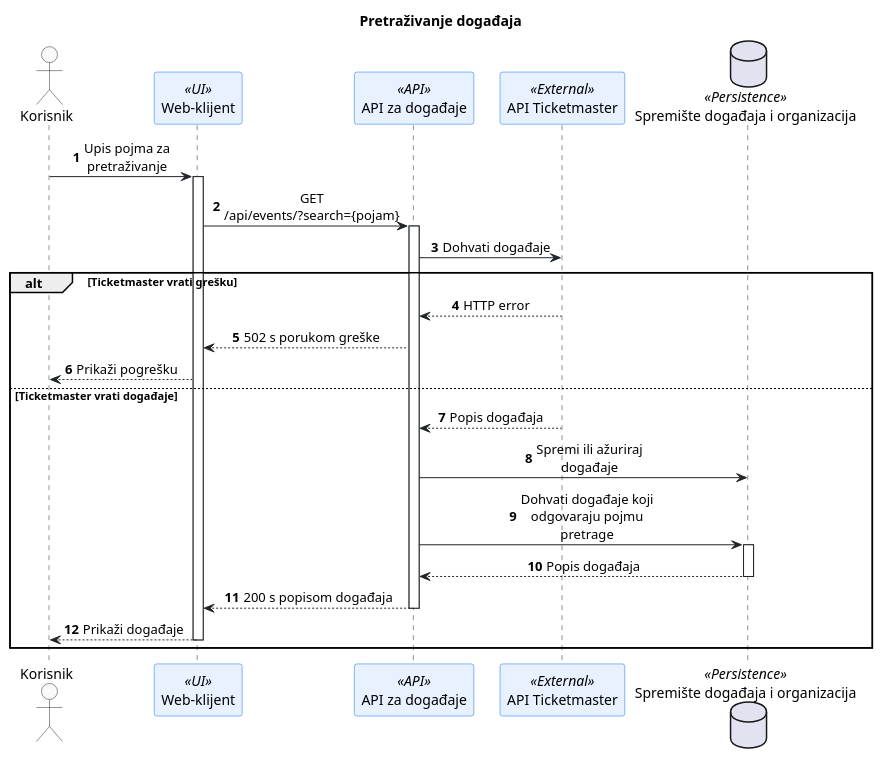
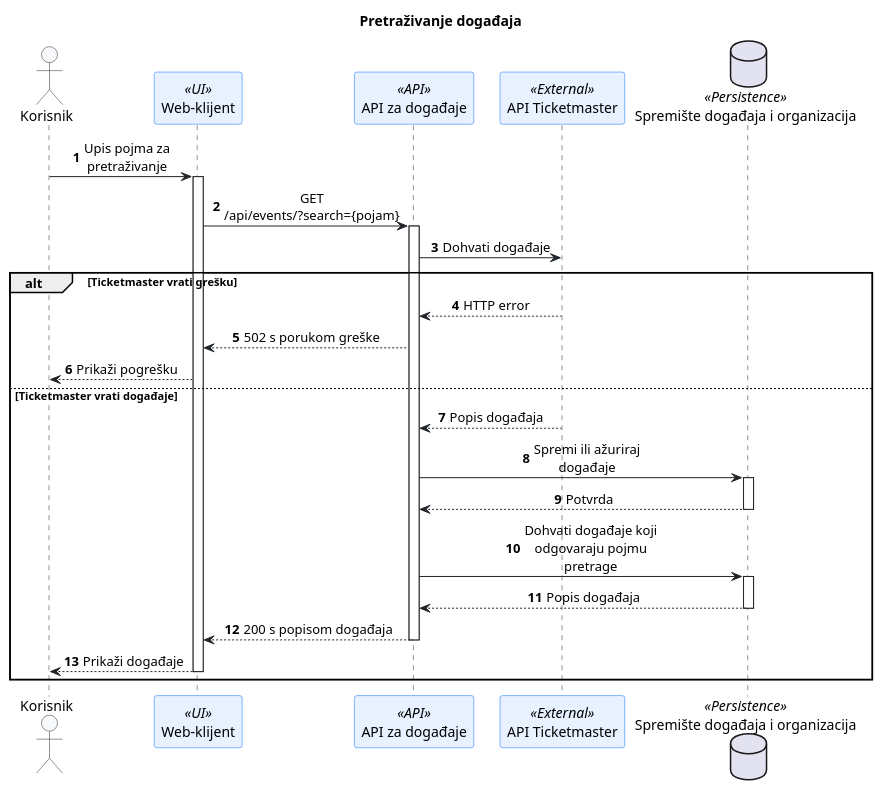
The diagram in docs/puml/4-7-culture-vulture-search-SD.puml (CultureVultureFer/culture-vulture), drawn with PlantUML before and after one commit. The commit also changed 1 other file, not shown here.

```diff
--- a/docs/puml/4-7-culture-vulture-search-SD.puml
+++ b/docs/puml/4-7-culture-vulture-search-SD.puml
@@ -19,43 +19,44 @@
     @startuml
     title Pretraživanje događaja
 
     skinparam maxMessageSize 150
     skinparam shadowing false
     skinparam defaultFontName Arial
     skinparam sequenceMessageAlign center
     skinparam ArrowColor #212529
 
     skinparam sequence {
         ParticipantBackgroundColor #E7F1FF
         ParticipantBorderColor #0D6EFD
         ActorBackgroundColor #F8F9FA
         ActorBorderColor #212529
         LifeLineBorderColor #212529
     }
 
     autonumber
 
     actor "Korisnik" as User
     participant "Web-klijent" as Web <<UI>>
     participant "API za događaje" as API <<API>>
     participant "API Ticketmaster" as Ticketmaster <<External>>
     database "Spremište događaja i organizacija" as Store <<Persistence>>
 
     User -> Web ++ : Upis pojma za pretraživanje
     Web -> API ++ : GET /api/events/?search={pojam}
 
     API -> Ticketmaster : Dohvati događaje
 
     alt Ticketmaster vrati grešku
         Ticketmaster --> API : HTTP error
         API --> Web : 502 s porukom greške
         Web --> User : Prikaži pogrešku
     else Ticketmaster vrati događaje
         Ticketmaster --> API : Popis događaja
-        API -> Store : Spremi ili ažuriraj događaje
+        API -> Store ++ : Spremi ili ažuriraj događaje
+        Store --> API -- : Potvrda
         API -> Store ++ : Dohvati događaje koji odgovaraju pojmu pretrage
         Store --> API -- : Popis događaja
         API --> Web -- : 200 s popisom događaja
         Web --> User -- : Prikaži događaje
     end
     @enduml
```
